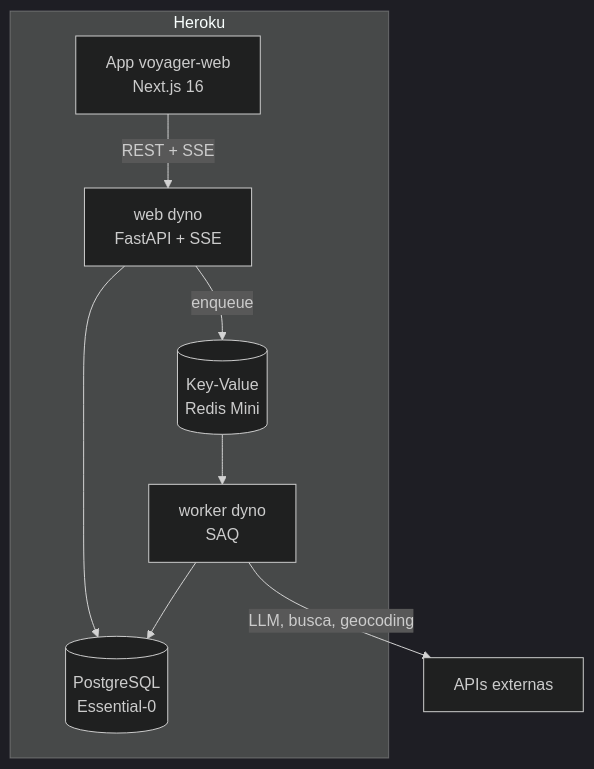
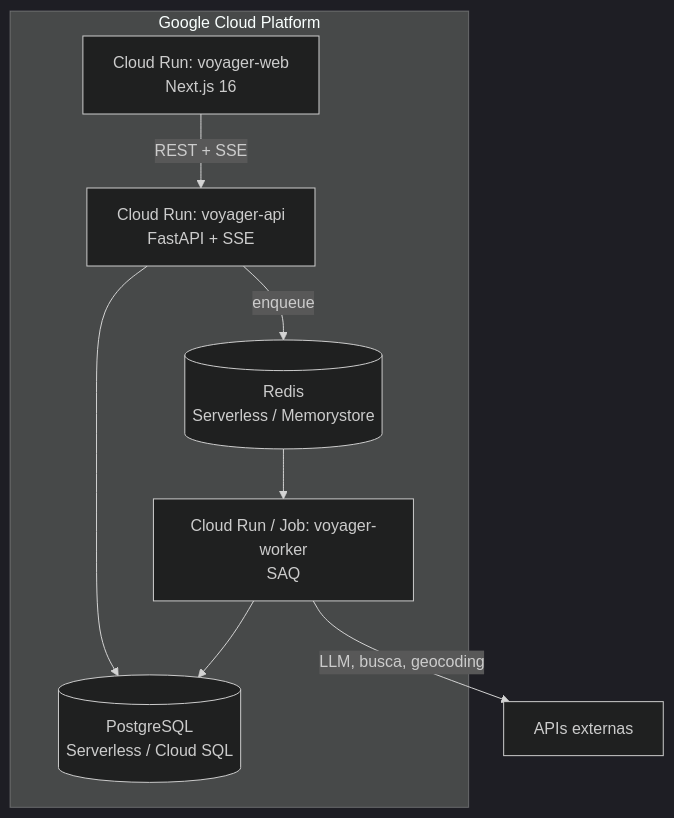
Before and after one commit to henriquebotelhogomes/agencia_viagens_ia: the diagram in docs/guides/deploy.md, drawn with Mermaid (dark theme). The commit also changed other lines of this file and 64 other files, not shown here.

First line of the commit message:
feat(infra): migra hospedagem para Google Cloud Run, atualiza prints/GIF e adiciona central de reservas

````diff
--- a/docs/guides/deploy.md
+++ b/docs/guides/deploy.md
@@ -78,16 +54,16 @@
 ```mermaid
 graph TB
-    subgraph Heroku
-        FE[App voyager-web<br/>Next.js 16]
-        API[web dyno<br/>FastAPI + SSE]
-        WK[worker dyno<br/>SAQ]
-        PG[(PostgreSQL<br/>Essential-0)]
-        RD[(Key-Value<br/>Redis Mini)]
+    subgraph Google Cloud Platform
+        FE[Cloud Run: voyager-web<br/>Next.js 16]
+        API[Cloud Run: voyager-api<br/>FastAPI + SSE]
+        WK[Cloud Run / Job: voyager-worker<br/>SAQ]
+        PG[(PostgreSQL<br/>Serverless / Cloud SQL)]
+        RD[(Redis<br/>Serverless / Memorystore)]
     end
     FE -->|REST + SSE| API
     API -->|enqueue| RD
     RD --> WK
     WK --> PG
     WK -->|LLM, busca, geocoding| EXT[APIs externas]
     API --> PG
 ```
````
